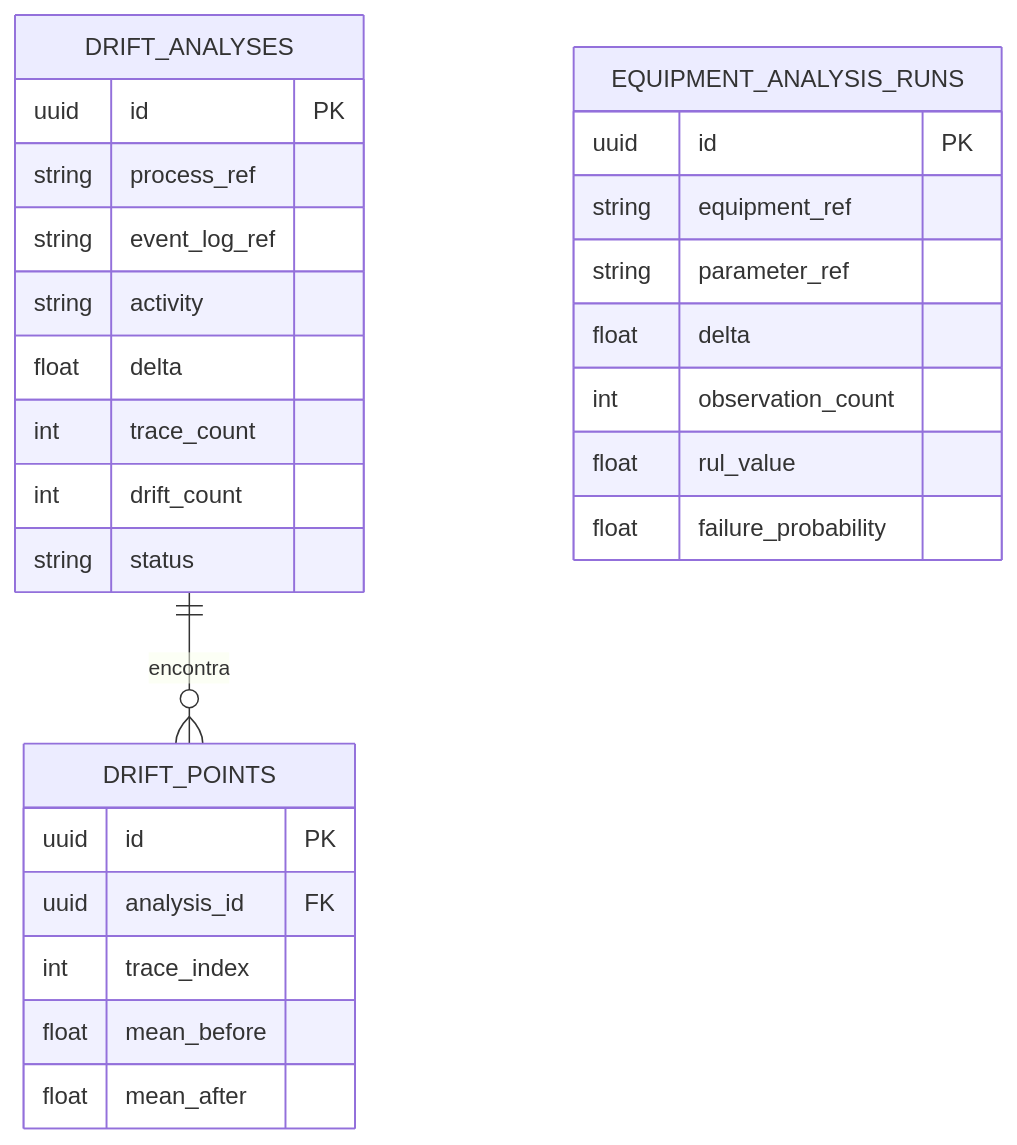
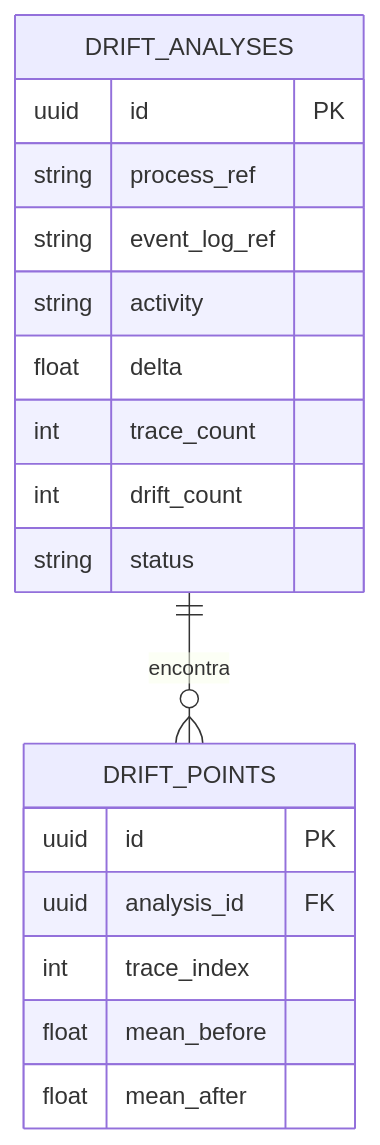
Before and after one commit to aland3r/deviante-docs: diagram 12 of 13 in architecture/arc42.md, drawn with Mermaid. The commit also changed other lines of this file, not shown here.

````diff
--- a/architecture/arc42.md
+++ b/architecture/arc42.md
@@ -815,30 +824,21 @@
 ```mermaid
 erDiagram
     DRIFT_ANALYSES ||--o{ DRIFT_POINTS : encontra
     DRIFT_ANALYSES {
         uuid id PK
         string process_ref
         string event_log_ref
         string activity
         float delta
         int trace_count
         int drift_count
         string status
     }
     DRIFT_POINTS {
         uuid id PK
         uuid analysis_id FK
         int trace_index
         float mean_before
         float mean_after
     }
-    EQUIPMENT_ANALYSIS_RUNS {
-        uuid id PK
-        string equipment_ref
-        string parameter_ref
-        float delta
-        int observation_count
-        float rul_value
-        float failure_probability
-    }
 ```
````
